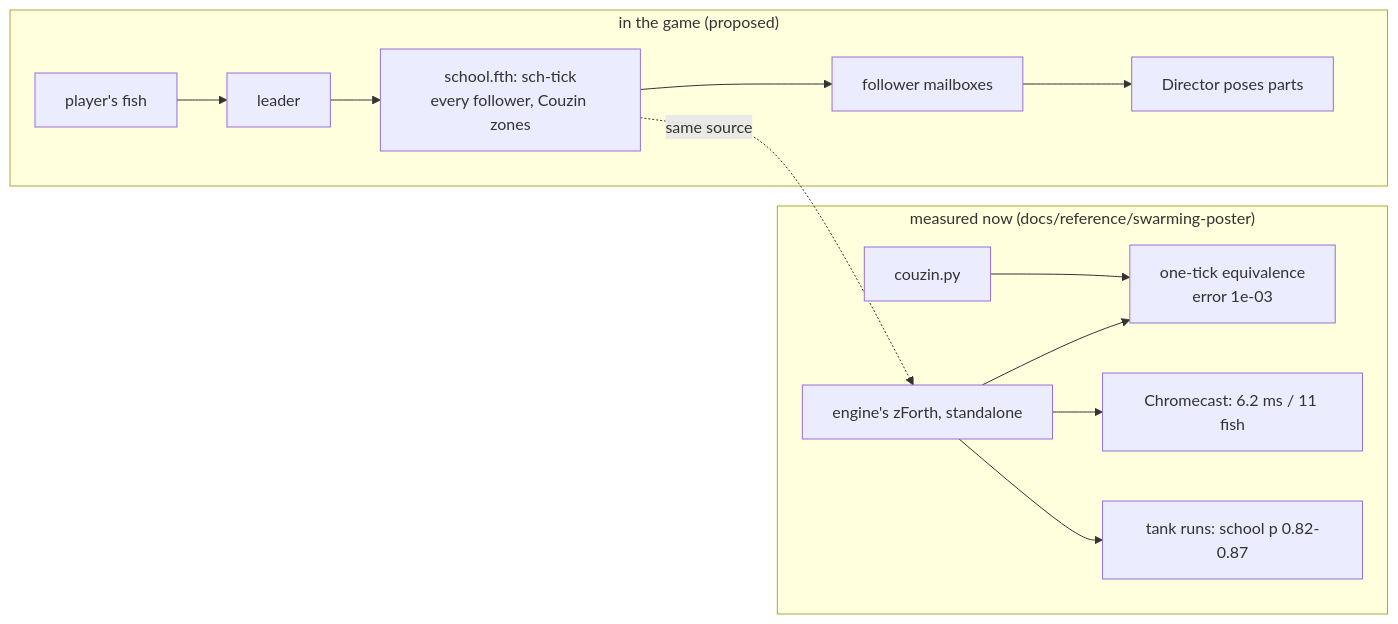
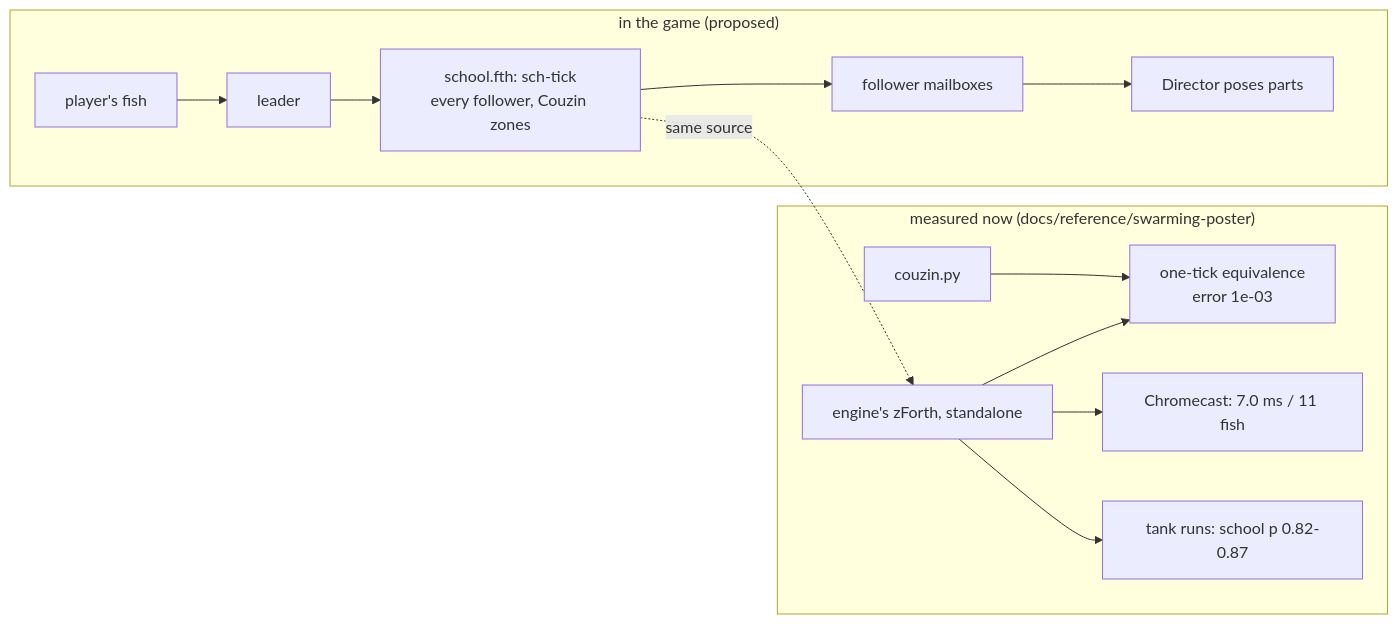
Before and after one commit to wbniv/WorldFoundry: the diagram in docs/plans/2026-10-01-aquarium-schooling.md, drawn with Mermaid. The commit also changed other lines of this file and 18 other files, not shown here.

````diff
--- a/docs/plans/2026-10-01-aquarium-schooling.md
+++ b/docs/plans/2026-10-01-aquarium-schooling.md
@@ -51,14 +51,14 @@
 ```mermaid
 flowchart LR
     subgraph game["in the game (proposed)"]
         P["player's fish"] --> L["leader"] --> S["school.fth: sch-tick<br/>every follower, Couzin zones"]
         S --> M["follower mailboxes"] --> D["Director poses parts"]
     end
     subgraph evidence["measured now (docs/reference/swarming-poster)"]
         C["couzin.py"] --> T["one-tick equivalence<br/>error 1e-03"]
         H["engine's zForth, standalone"] --> T
-        H --> B["Chromecast: 6.2 ms / 11 fish"]
+        H --> B["Chromecast: 7.0 ms / 11 fish"]
         H --> K["tank runs: school p 0.82-0.87"]
     end
     S -. "same source" .-> H
 ```
````
